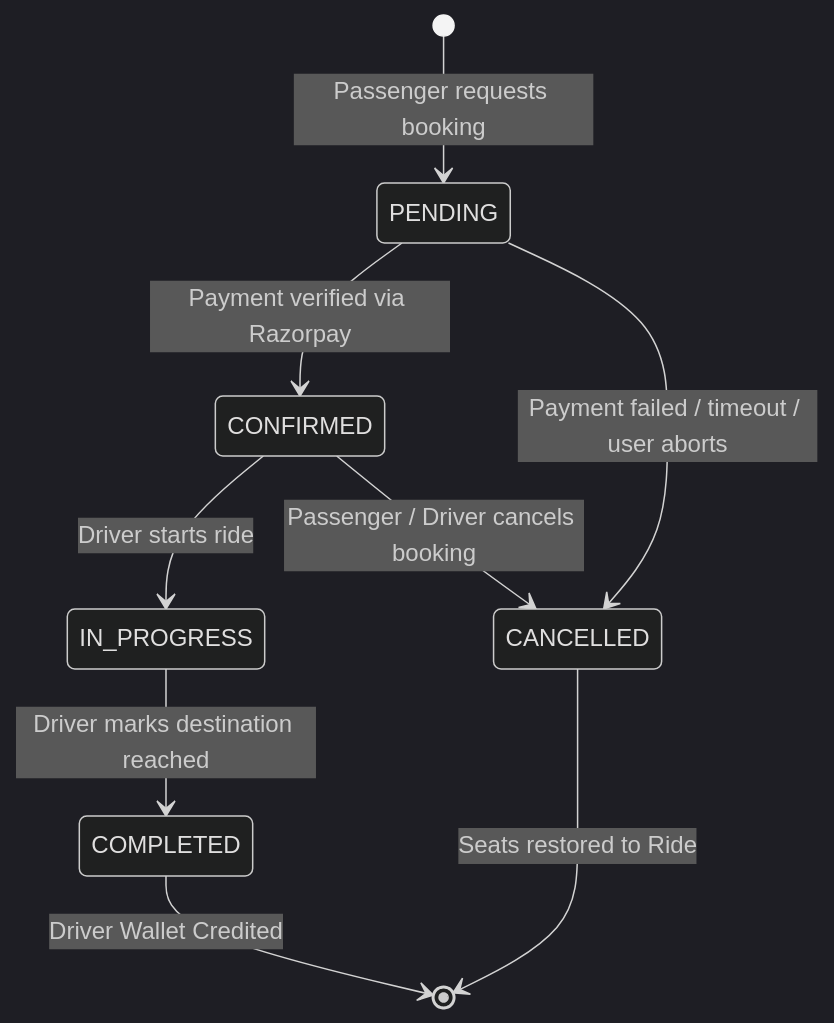
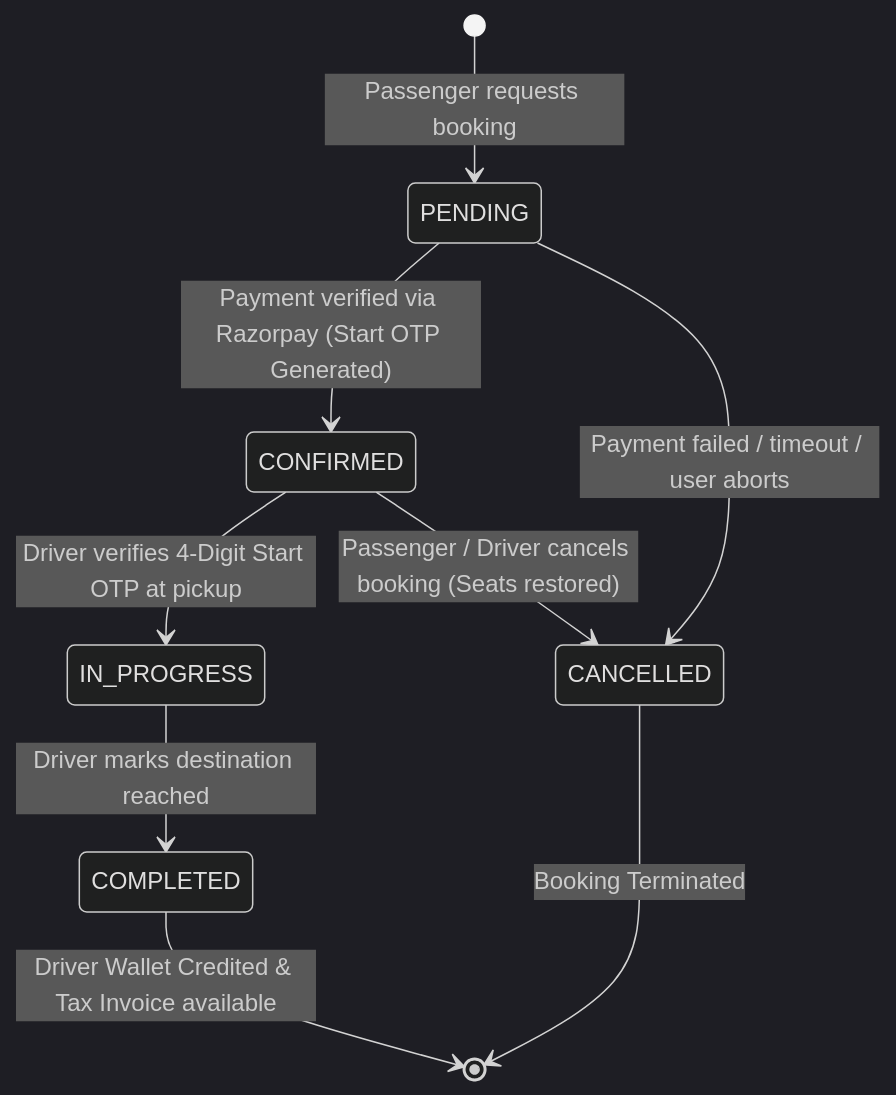
One commit to Sandeepkaushik21/Smart_Ride_Sharing- changed the seventh of 8 diagrams in README.md. Above: the diagram before and after it, drawn with Mermaid (dark theme). The commit also changed other lines of this file, not shown here.

````diff
--- a/README.md
+++ b/README.md
@@ -272,11 +313,11 @@
 ```mermaid
 stateDiagram-v2
     [*] --> PENDING : Passenger requests booking
-    PENDING --> CONFIRMED : Payment verified via Razorpay
+    PENDING --> CONFIRMED : Payment verified via Razorpay (Start OTP Generated)
     PENDING --> CANCELLED : Payment failed / timeout / user aborts
-    CONFIRMED --> IN_PROGRESS : Driver starts ride
-    CONFIRMED --> CANCELLED : Passenger / Driver cancels booking
+    CONFIRMED --> IN_PROGRESS : Driver verifies 4-Digit Start OTP at pickup
+    CONFIRMED --> CANCELLED : Passenger / Driver cancels booking (Seats restored)
     IN_PROGRESS --> COMPLETED : Driver marks destination reached
-    COMPLETED --> [*] : Driver Wallet Credited
-    CANCELLED --> [*] : Seats restored to Ride
+    COMPLETED --> [*] : Driver Wallet Credited & Tax Invoice available
+    CANCELLED --> [*] : Booking Terminated
 ```
````
